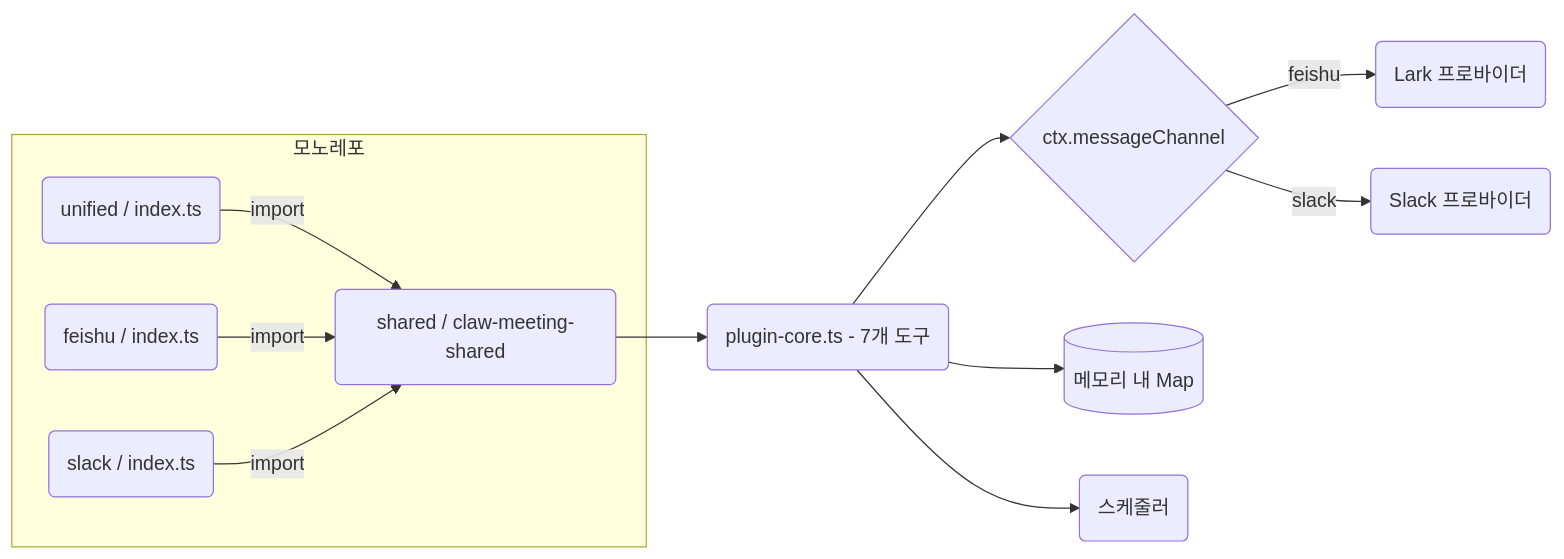
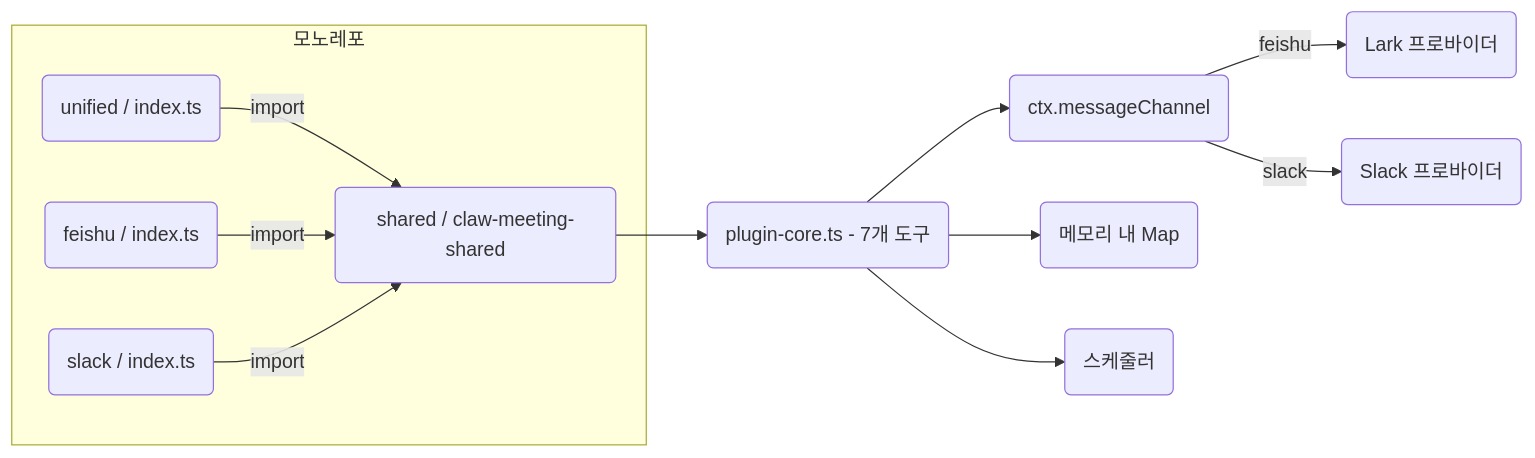
One commit to javana3/claw_meeting_all changed the second of 7 diagrams in README.ko.md. Above: the diagram before and after it, drawn with Mermaid. The commit also changed other lines of this file and 4 other files, not shown here.

First line of the commit message:
docs: round all diagram nodes and update colors across 5 languages

````diff
--- a/README.ko.md
+++ b/README.ko.md
@@ -53,20 +53,20 @@
 ```mermaid
 graph LR
     subgraph "모노레포"
         SHARED(shared / claw-meeting-shared)
         UNI(unified / index.ts)
         FEI(feishu / index.ts)
         SLK(slack / index.ts)
     end
 
     UNI -->|import| SHARED
     FEI -->|import| SHARED
     SLK -->|import| SHARED
 
     SHARED --> CORE(plugin-core.ts - 7개 도구)
-    CORE --> ROUTER{ctx.messageChannel}
+    CORE --> ROUTER(ctx.messageChannel)
     ROUTER -->|feishu| LP(Lark 프로바이더)
     ROUTER -->|slack| SP(Slack 프로바이더)
-    CORE --> MEM[(메모리 내 Map)]
+    CORE --> MEM(메모리 내 Map)
     CORE --> SCH(스케줄러)
 ```
````
